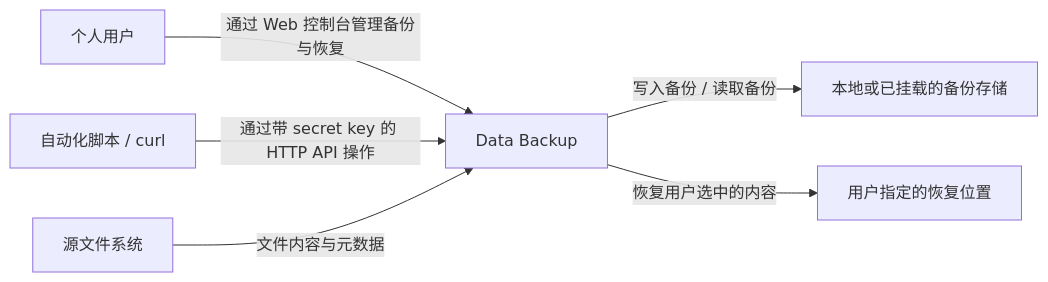
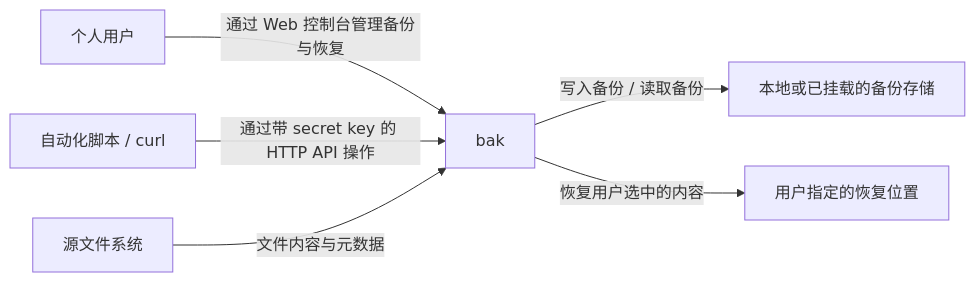
The diagram in docs/architecture/system-context.md (qi7876/software-development-exp), drawn with Mermaid before and after one commit. The commit also changed other lines of this file and 8 other files, not shown here.

````diff
--- a/docs/architecture/system-context.md
+++ b/docs/architecture/system-context.md
@@ -5,8 +5,8 @@
 ```mermaid
 flowchart LR
-    User[个人用户] -->|通过 Web 控制台管理备份与恢复| Backup[Data Backup]
+    User[个人用户] -->|通过 Web 控制台管理备份与恢复| Backup[bak]
     Automation[自动化脚本 / curl] -->|通过带 secret key 的 HTTP API 操作| Backup
     Source[源文件系统] -->|文件内容与元数据| Backup
     Backup -->|写入备份 / 读取备份| Repository[本地或已挂载的备份存储]
     Backup -->|恢复用户选中的内容| Restore[用户指定的恢复位置]
 ```
````
